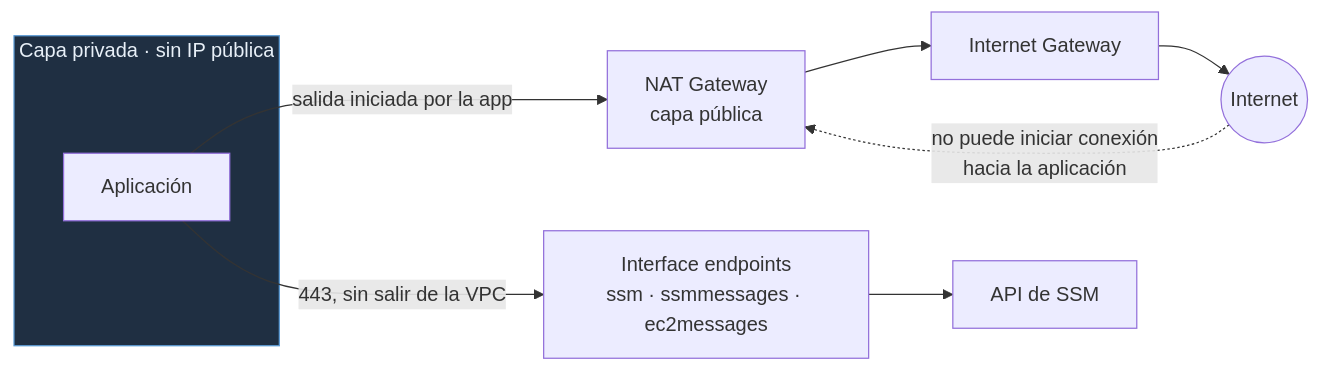
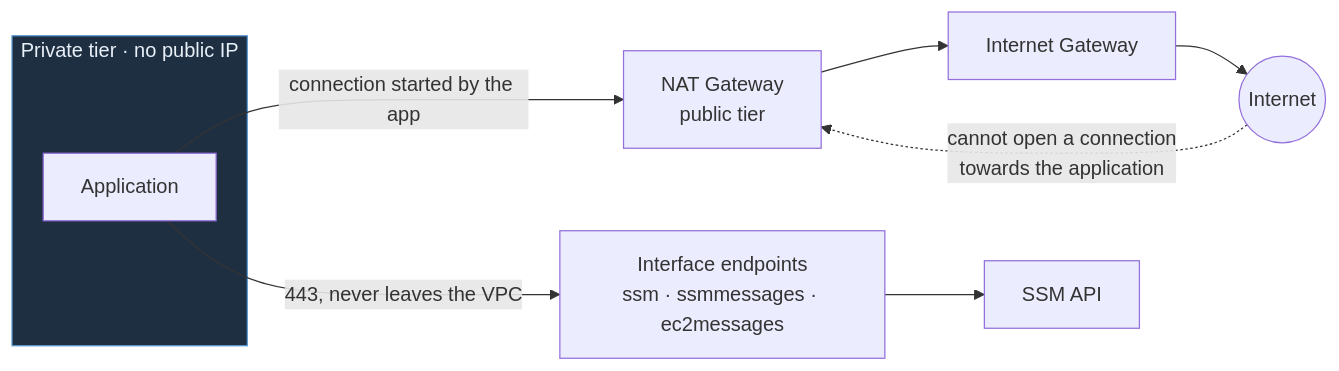
The fourth of 6 diagrams in README.md (Rxcxrdx/aws-three-tier-vpc-terraform), drawn with Mermaid before and after one commit. The commit also changed other lines of this file, not shown here.

````diff
--- a/README.md
+++ b/README.md
@@ -230,21 +245,21 @@
 ```mermaid
 flowchart LR
-    subgraph PRIV["Capa privada · sin IP pública"]
-        APP["Aplicación"]
+    subgraph PRIV["Private tier · no public IP"]
+        APP["Application"]
     end
 
-    NAT["NAT Gateway<br/>capa pública"]
+    NAT["NAT Gateway<br/>public tier"]
     IGW["Internet Gateway"]
     NET(("Internet"))
     VPCE["Interface endpoints<br/>ssm · ssmmessages · ec2messages"]
-    SSM["API de SSM"]
+    SSM["SSM API"]
 
-    APP -->|"salida iniciada por la app"| NAT
+    APP -->|"connection started by the app"| NAT
     NAT --> IGW
     IGW --> NET
-    NET -.->|"no puede iniciar conexión<br/>hacia la aplicación"| NAT
-    APP -->|"443, sin salir de la VPC"| VPCE
+    NET -.->|"cannot open a connection<br/>towards the application"| NAT
+    APP -->|"443, never leaves the VPC"| VPCE
     VPCE --> SSM
 
     style PRIV fill:#1f2f42,stroke:#5b9bd5,color:#e8f0f8
 ```
````
